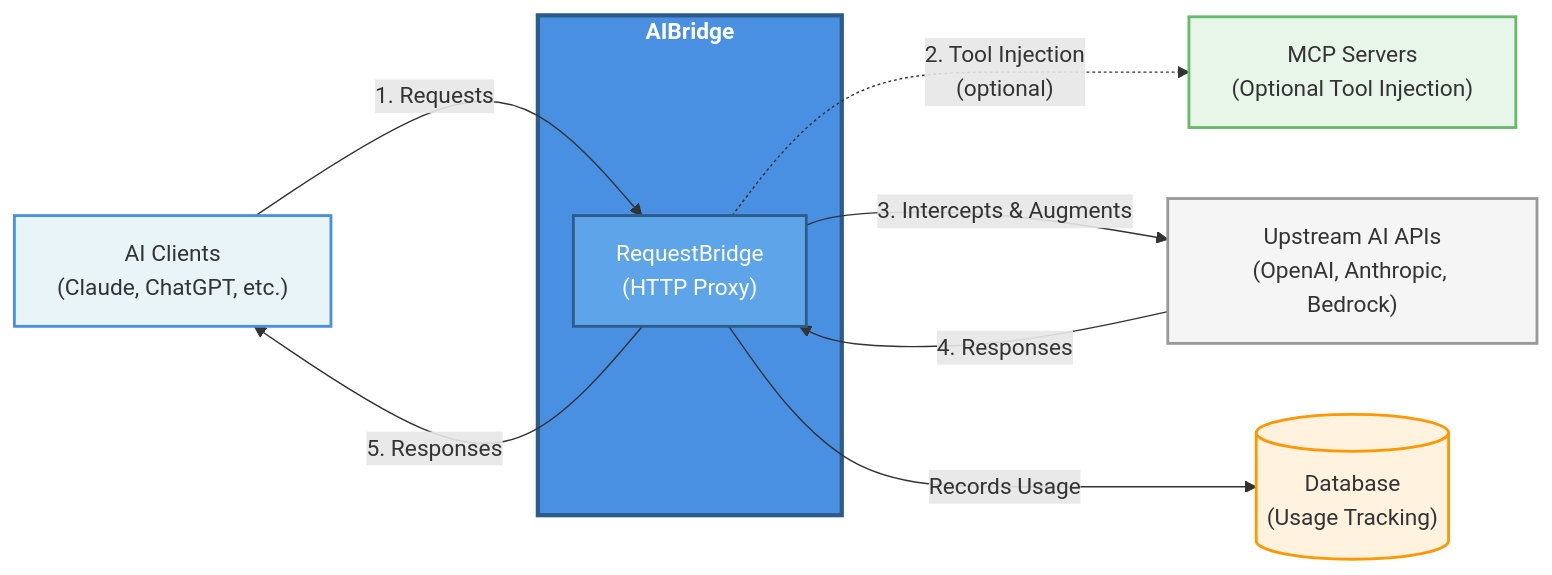
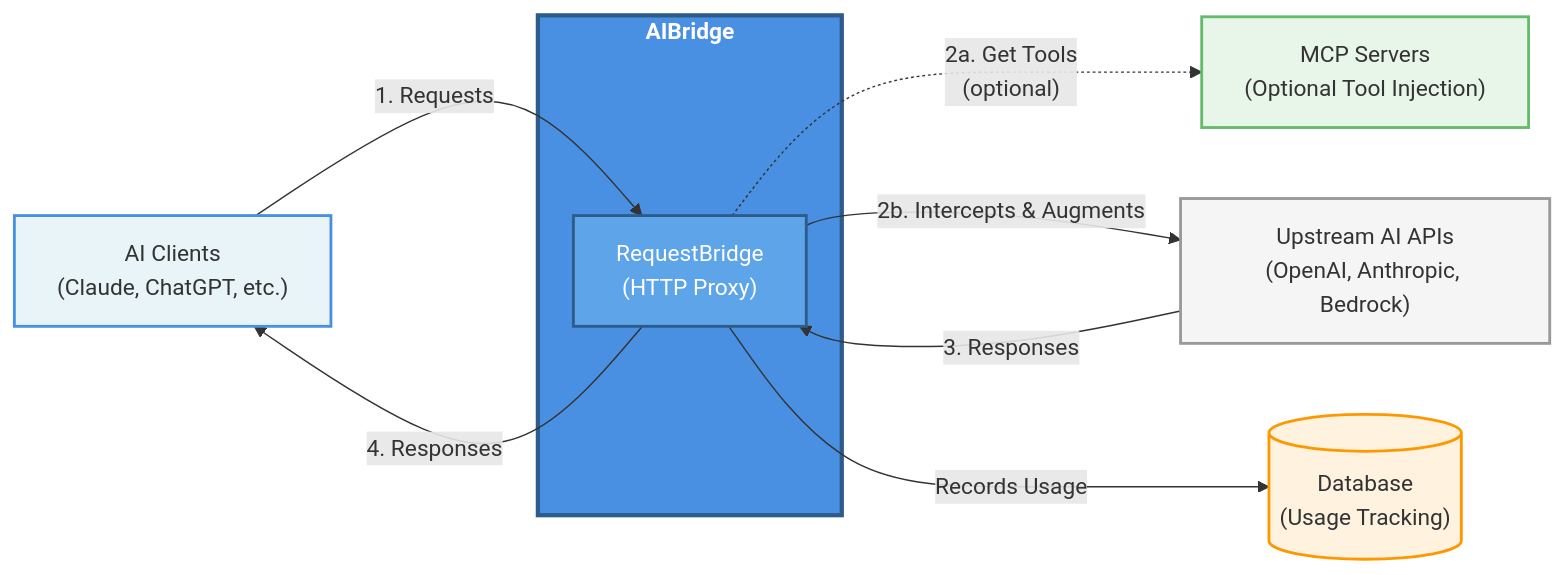
Before and after one commit to coder/aibridge: the diagram in README.md, drawn with Mermaid.

Commit message:
Clarify: tool injection (2a) is part of interception, then augmented request (2b) goes to APIs

````diff
--- a/README.md
+++ b/README.md
@@ -20,26 +20,26 @@
 ```mermaid
 graph LR
     Client["AI Clients<br/>(Claude, ChatGPT, etc.)"]
     
     subgraph aibridge["<b>AIBridge</b>"]
         Bridge["RequestBridge<br/>(HTTP Proxy)"]
     end
     
     MCP["MCP Servers<br/>(Optional Tool Injection)"]
     APIs["Upstream AI APIs<br/>(OpenAI, Anthropic, Bedrock)"]
     DB[("Database<br/>(Usage Tracking)")]
     
     Client -->|"1. Requests"| Bridge
-    Bridge -.->|"2. Tool Injection<br/>(optional)"| MCP
-    Bridge -->|"3. Intercepts & Augments"| APIs
+    Bridge -.->|"2a. Get Tools<br/>(optional)"| MCP
+    Bridge -->|"2b. Intercepts & Augments"| APIs
     Bridge -->|"Records Usage"| DB
-    APIs -->|"4. Responses"| Bridge
-    Bridge -->|"5. Responses"| Client
+    APIs -->|"3. Responses"| Bridge
+    Bridge -->|"4. Responses"| Client
     
     style aibridge fill:#4A90E2,stroke:#2E5C8A,stroke-width:3px,color:#fff
     style Bridge fill:#5DA5E8,stroke:#2E5C8A,stroke-width:2px,color:#fff
     style Client fill:#E8F4F8,stroke:#4A90E2,stroke-width:2px
     style APIs fill:#F5F5F5,stroke:#999,stroke-width:2px
     style MCP fill:#E8F5E9,stroke:#66BB6A,stroke-width:2px
     style DB fill:#FFF3E0,stroke:#FF9800,stroke-width:2px
 ```
````
